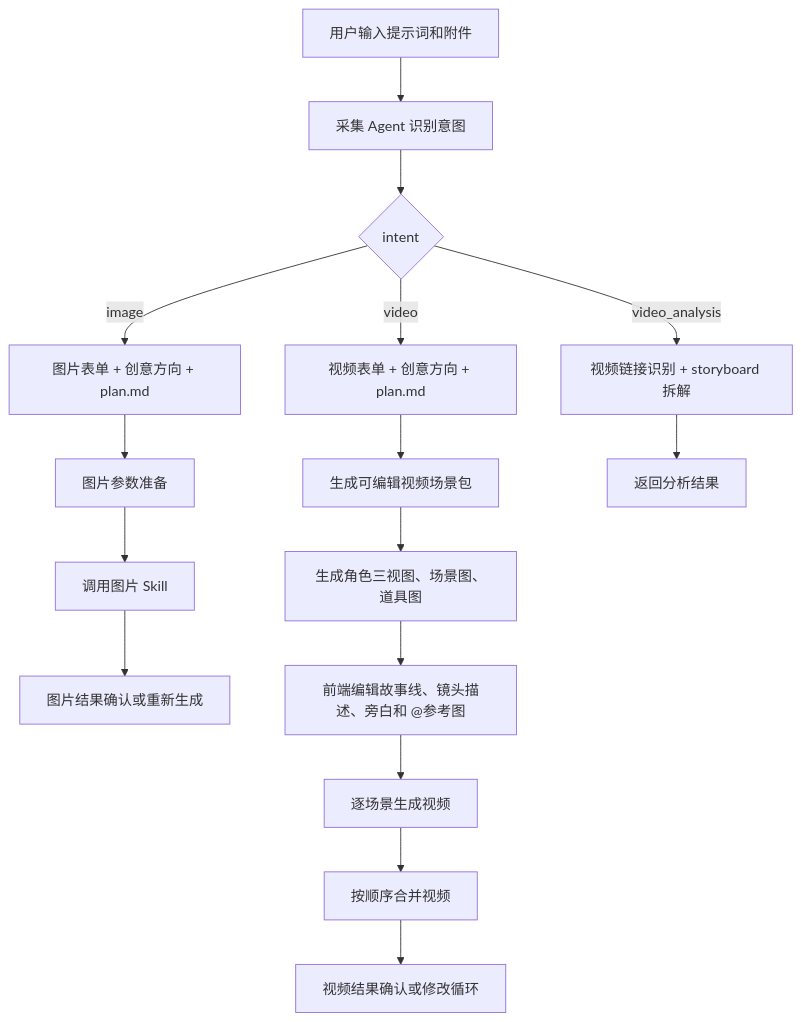
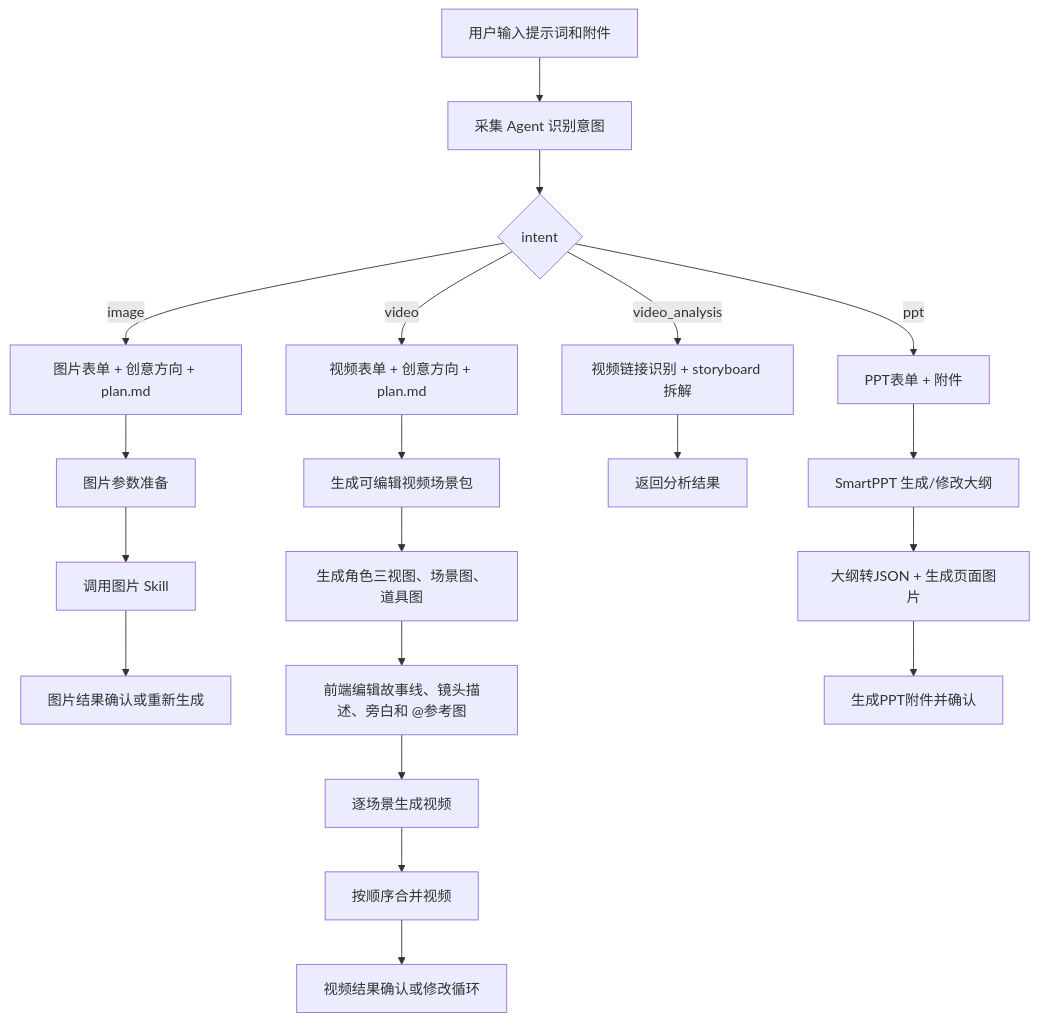
Before and after one commit to joyslxd/pixelflow: the second of 2 diagrams in README.md, drawn with Mermaid. The commit also changed other lines of this file and 28 other files, not shown here.

First line of the commit message:
feat(ppt): 接入 SmartPPT 异步制作流程

````diff
--- a/README.md
+++ b/README.md
@@ -70,18 +71,22 @@
 ```mermaid
 flowchart TD
   A["用户输入提示词和附件"] --> B["采集 Agent 识别意图"]
   B --> C{"intent"}
   C -->|"image"| D["图片表单 + 创意方向 + plan.md"]
   C -->|"video"| E["视频表单 + 创意方向 + plan.md"]
   C -->|"video_analysis"| F["视频链接识别 + storyboard 拆解"]
+  C -->|"ppt"| Q["PPT表单 + 附件"]
   D --> G["图片参数准备"]
   G --> H["调用图片 Skill"]
   H --> I["图片结果确认或重新生成"]
   E --> J["生成可编辑视频场景包"]
   J --> K["生成角色三视图、场景图、道具图"]
   K --> L["前端编辑故事线、镜头描述、旁白和 @参考图"]
   L --> M["逐场景生成视频"]
   M --> N["按顺序合并视频"]
   N --> O["视频结果确认或修改循环"]
   F --> P["返回分析结果"]
+  Q --> R["SmartPPT 生成/修改大纲"]
+  R --> S["大纲转JSON + 生成页面图片"]
+  S --> T["生成PPT附件并确认"]
 ```
````
